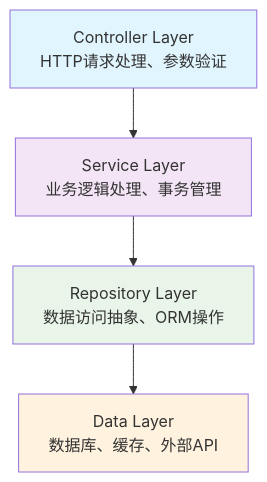
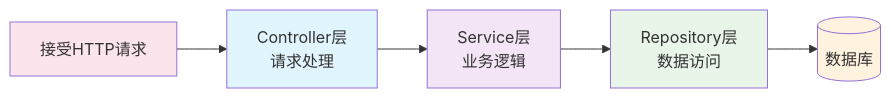
One commit to 57UU/southern_money changed the first of 14 diagrams in report/report.md. Above: the diagram before and after it, drawn with Mermaid. The commit also changed other lines of this file and 2 other files, not shown here.

````diff
--- a/report/report.md
+++ b/report/report.md
@@ -210,11 +88,36 @@
 ```mermaid
-flowchart TD
-    A[Controller Layer<br/>HTTP请求处理、参数验证] --> B[Service Layer<br/>业务逻辑处理、事务管理]
-    B --> C[Repository Layer<br/>数据访问抽象、ORM操作]
-    C --> D[Data Layer<br/>数据库、缓存、外部API]
+graph LR
+    %% 用户层
+    Client[接受HTTP请求]
     
-    style A fill:#e1f5fe
-    style B fill:#f3e5f5
-    style C fill:#e8f5e8
-    style D fill:#fff3e0
+    %% Controller层
+    Controller[Controller层<br/>请求处理]
+    
+    %% Service层
+    Service[Service层<br/>业务逻辑]
+    
+    %% Repository层
+    Repository[Repository层<br/>数据访问]
+    
+    %% 数据层
+    Database[(数据库)]
+    
+    %% 连接关系
+    Client --> Controller
+    Controller --> Service
+    Service --> Repository
+    Repository --> Database
+    
+    %% 样式定义
+    classDef controller fill:#e1f5fe
+    classDef service fill:#f3e5f5
+    classDef repository fill:#e8f5e8
+    classDef database fill:#fff3e0
+    classDef client fill:#fce4ec
+    
+    class Controller controller
+    class Service service
+    class Repository repository
+    class Database database
+    class Client client
 ```
````
